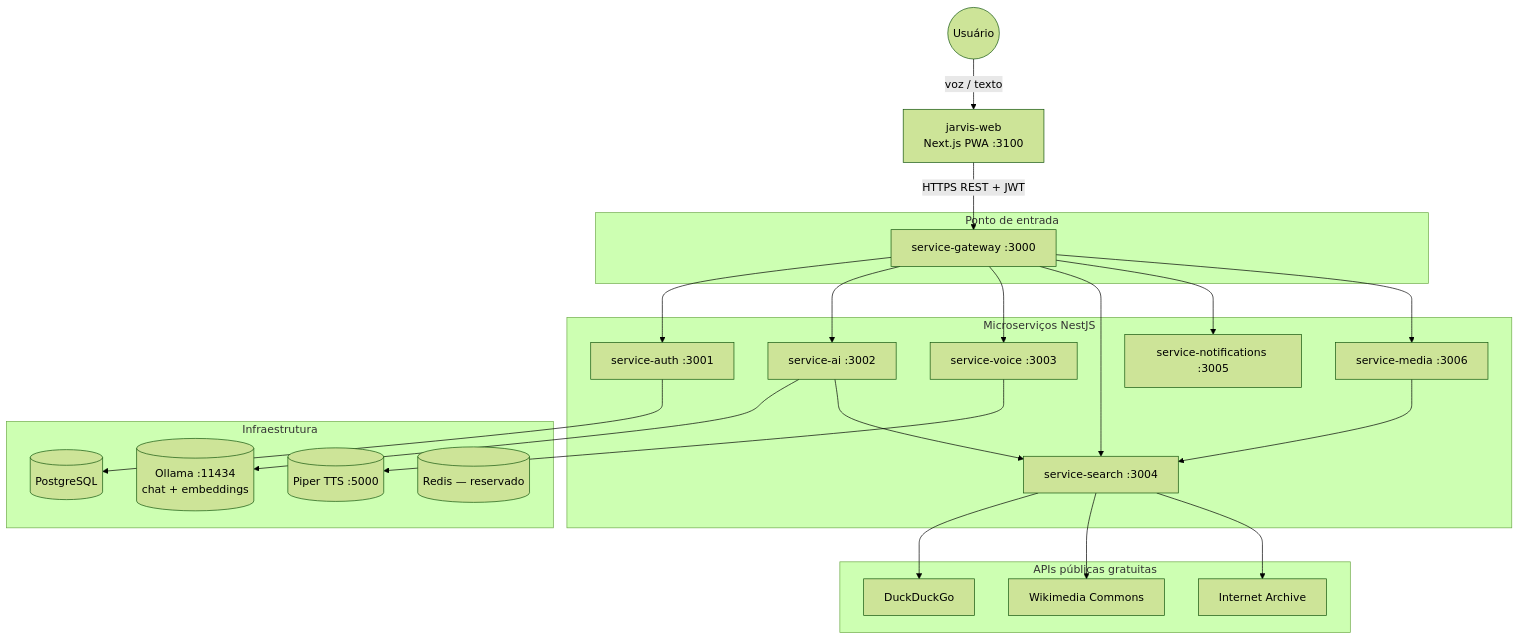
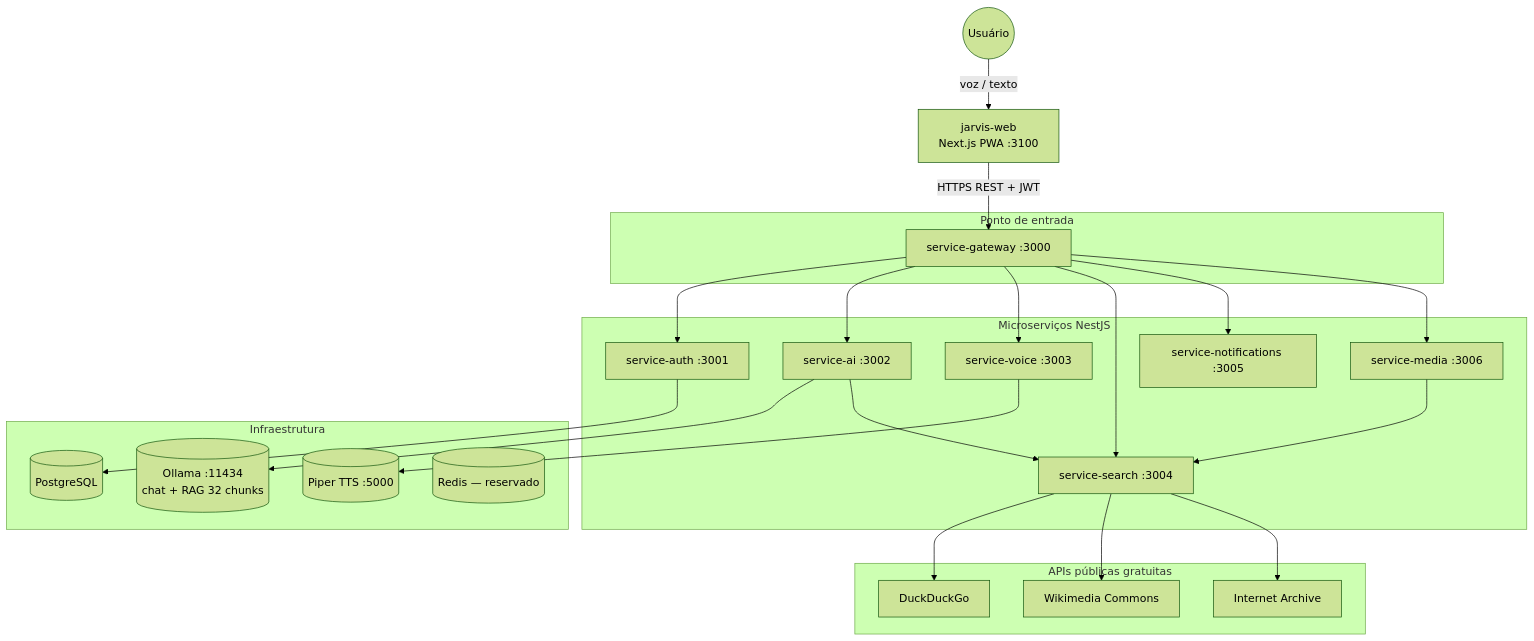
One commit to FranciscoStanley/MyJarvis changed the first of 8 diagrams in docs/architecture.md. Above: the diagram before and after it, drawn with Mermaid (forest theme). The commit also changed other lines of this file and 11 other files, not shown here.

````diff
--- a/docs/architecture.md
+++ b/docs/architecture.md
@@ -11,43 +11,43 @@
 ```mermaid
 flowchart TB
     USER((Usuário))
     WEB[jarvis-web<br/>Next.js PWA :3100]
 
     USER -->|voz / texto| WEB
     WEB -->|HTTPS REST + JWT| GW
 
     subgraph Gateway["Ponto de entrada"]
         GW[service-gateway :3000]
     end
 
     subgraph Microservices["Microserviços NestJS"]
         AUTH[service-auth :3001]
         AI[service-ai :3002]
         VOICE[service-voice :3003]
         SEARCH[service-search :3004]
         NOTIF[service-notifications :3005]
         MEDIA[service-media :3006]
     end
 
     GW --> AUTH & AI & VOICE & SEARCH & NOTIF & MEDIA
 
     subgraph Infra["Infraestrutura"]
         PG[(PostgreSQL)]
-        OLLAMA[(Ollama :11434<br/>chat + embeddings)]
+        OLLAMA[(Ollama :11434<br/>chat + RAG 32 chunks)]
         PIPER[(Piper TTS :5000)]
         REDIS[(Redis — reservado)]
     end
 
     subgraph External["APIs públicas gratuitas"]
         DDG[DuckDuckGo]
         WIKI[Wikimedia Commons]
         ARCH[Internet Archive]
     end
 
     AUTH --> PG
     AI --> OLLAMA
     AI --> SEARCH
     VOICE --> PIPER
     SEARCH --> DDG & WIKI & ARCH
     MEDIA --> SEARCH
 ```
````
